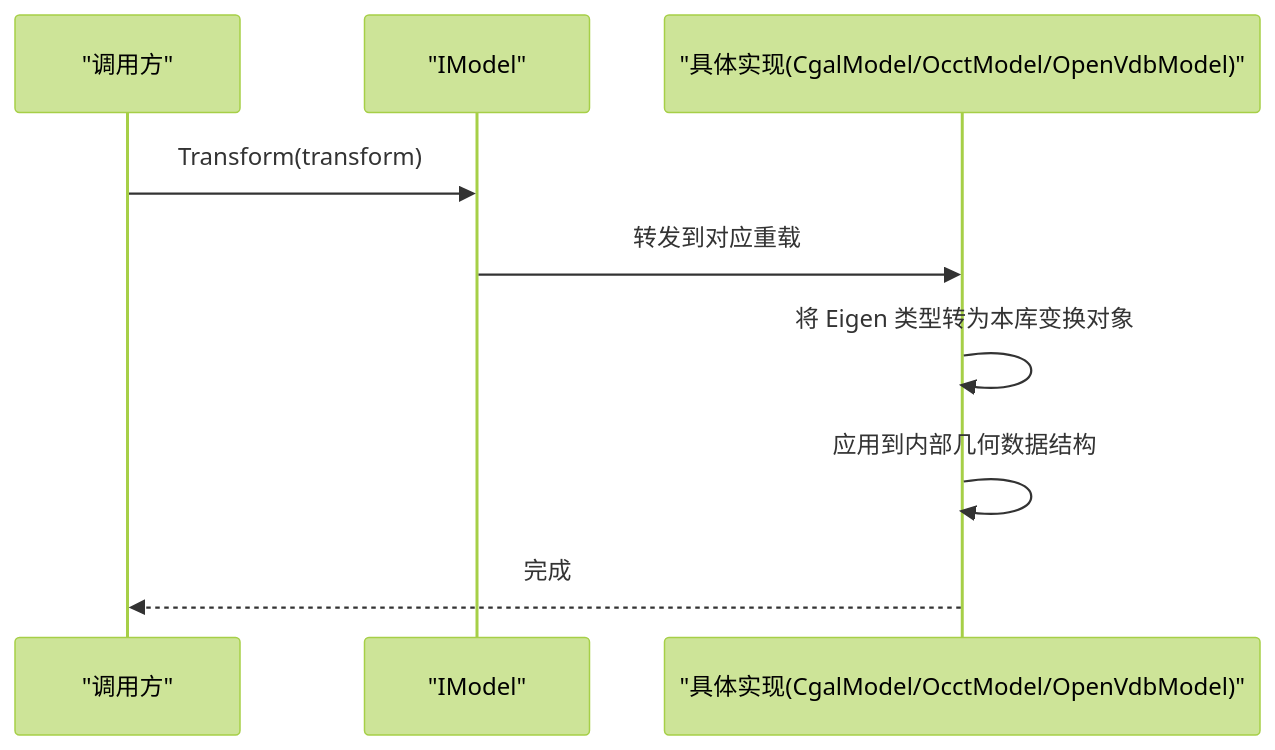
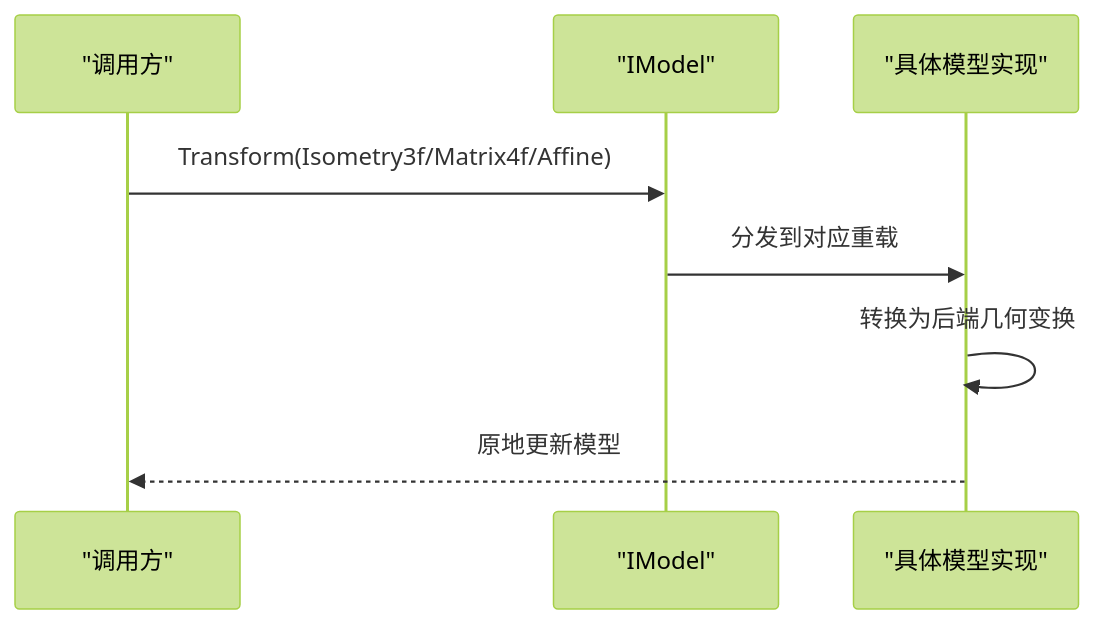
One commit to hsmbanlance/HsBaSlicer changed diagram 11 of 12 in .qoder/repowiki/zh/content/核心概念/模型抽象接口/模型抽象接口.md. Above: the diagram before and after it, drawn with Mermaid (forest theme). The commit also changed other lines of this file and 1135 other files, not shown here.

````diff
--- a/.qoder/repowiki/zh/content/核心概念/模型抽象接口/模型抽象接口.md
+++ b/.qoder/repowiki/zh/content/核心概念/模型抽象接口/模型抽象接口.md
@@ -236,11 +372,10 @@
 ```mermaid
 sequenceDiagram
-participant App as "调用方"
+participant Caller as "调用方"
 participant IM as "IModel"
-participant Impl as "具体实现(CgalModel/OcctModel/OpenVdbModel)"
-App->>IM : Transform(transform)
-IM->>Impl : 转发到对应重载
-Impl->>Impl : 将 Eigen 类型转为本库变换对象
-Impl->>Impl : 应用到内部几何数据结构
-Impl-->>App : 完成
+participant Impl as "具体模型实现"
+Caller->>IM : Transform(Isometry3f/Matrix4f/Affine)
+IM->>Impl : 分发到对应重载
+Impl->>Impl : 转换为后端几何变换
+Impl-->>Caller : 原地更新模型
 ```
````
